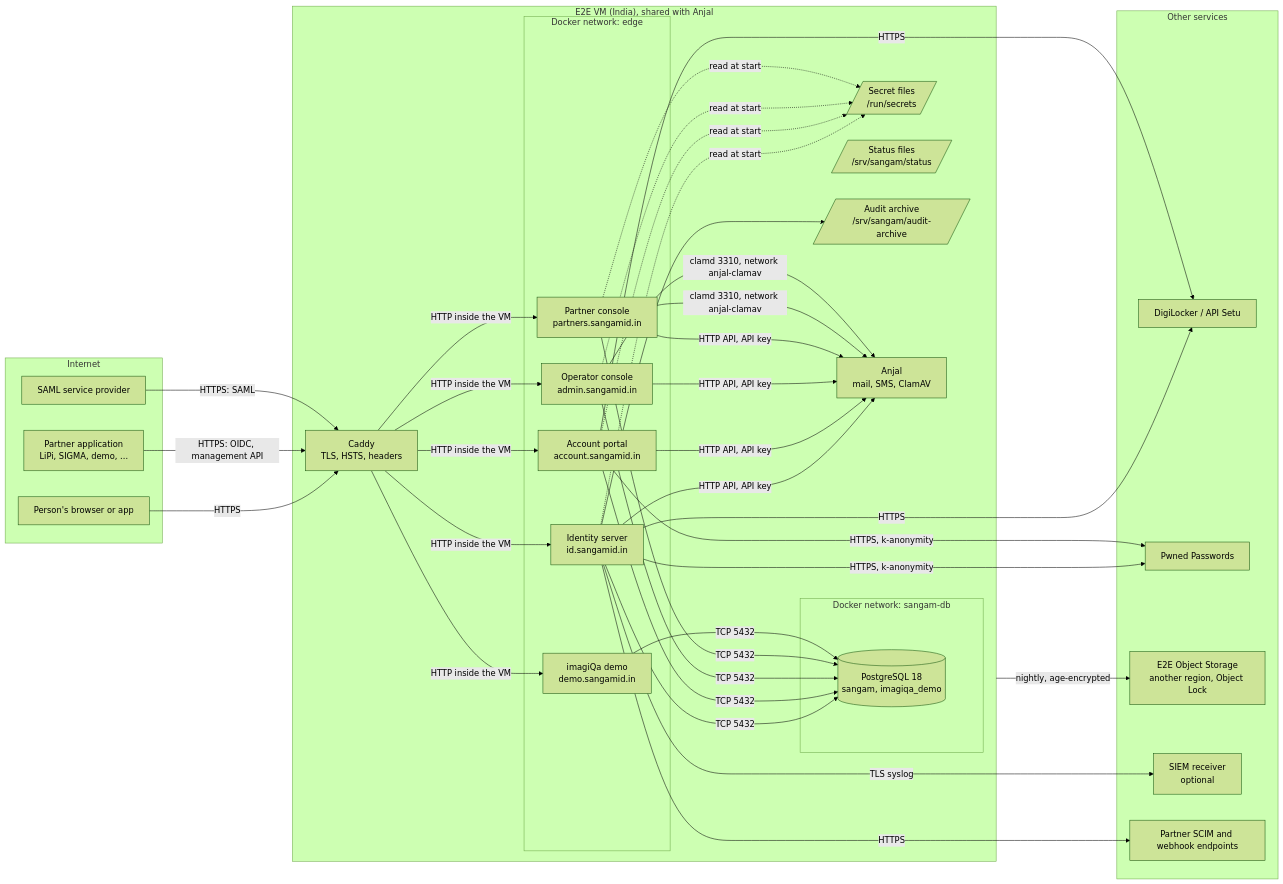
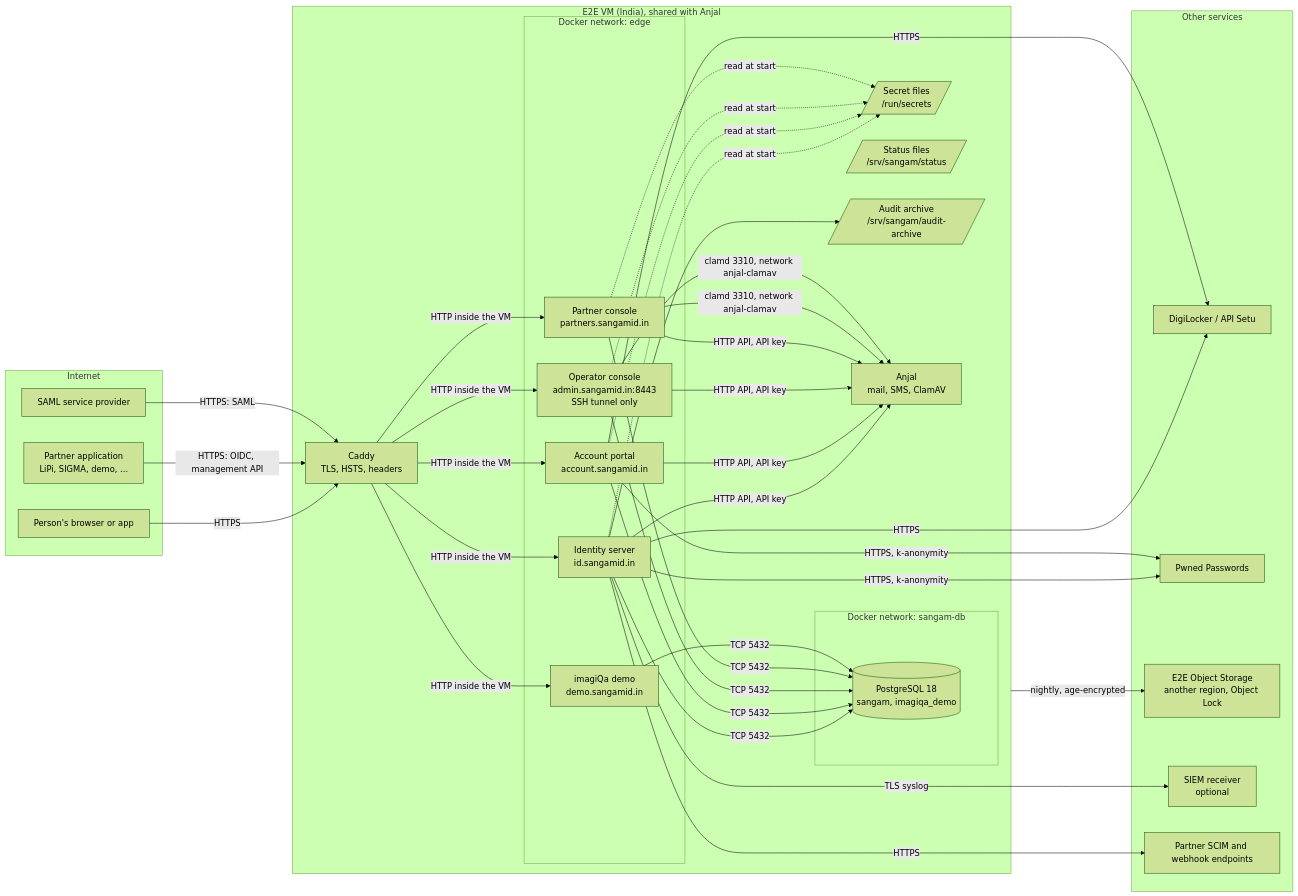
Before and after one commit to arunshivab/sangam: the diagram in docs/security/architecture.md, drawn with Mermaid (forest theme). The commit also changed other lines of this file and 11 other files, not shown here.

Commit message:
OI-059: operator console off the internet, reached through an SSH tunnel (#38)

````diff
--- a/docs/security/architecture.md
+++ b/docs/security/architecture.md
@@ -11,50 +11,50 @@
 ```mermaid
 flowchart LR
   subgraph Internet
     P[Person's browser or app]
     A[Partner application<br/>LiPi, SIGMA, demo, ...]
     SP[SAML service provider]
   end
 
   subgraph VM["E2E VM (India), shared with Anjal"]
     C[Caddy<br/>TLS, HSTS, headers]
     subgraph edge["Docker network: edge"]
       ID[Identity server<br/>id.sangamid.in]
       PO[Account portal<br/>account.sangamid.in]
-      AD[Operator console<br/>admin.sangamid.in]
+      AD[Operator console<br/>admin.sangamid.in:8443<br/>SSH tunnel only]
       PA[Partner console<br/>partners.sangamid.in]
       DE[imagiQa demo<br/>demo.sangamid.in]
     end
     subgraph dbnet["Docker network: sangam-db"]
       PG[(PostgreSQL 18<br/>sangam, imagiqa_demo)]
     end
     S[/Secret files<br/>/run/secrets/]
     ST[/Status files<br/>/srv/sangam/status/]
     AR[/Audit archive<br/>/srv/sangam/audit-archive/]
     AN[Anjal<br/>mail, SMS, ClamAV]
   end
 
   subgraph Outside["Other services"]
     DL[DigiLocker / API Setu]
     PW[Pwned Passwords]
     OS[E2E Object Storage<br/>another region, Object Lock]
     SIEM[SIEM receiver<br/>optional]
     PS[Partner SCIM and webhook endpoints]
   end
 
   P -- HTTPS --> C
   A -- HTTPS: OIDC, management API --> C
   SP -- HTTPS: SAML --> C
   C -- HTTP inside the VM --> ID & PO & AD & PA & DE
   ID & PO & AD & PA -- TCP 5432 --> PG
   DE -- TCP 5432 --> PG
   ID & PO & AD & PA -. read at start .-> S
   ID & PO & AD & PA -- HTTP API, API key --> AN
   PA & AD -- clamd 3310, network anjal-clamav --> AN
   ID & PO -- HTTPS --> DL
   ID & PO -- HTTPS, k-anonymity --> PW
   ID -- HTTPS --> PS
   ID -- TLS syslog --> SIEM
   ID --> AR
   VM -- nightly, age-encrypted --> OS
 ```
````
